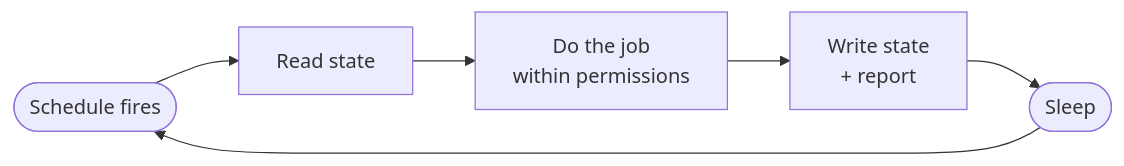
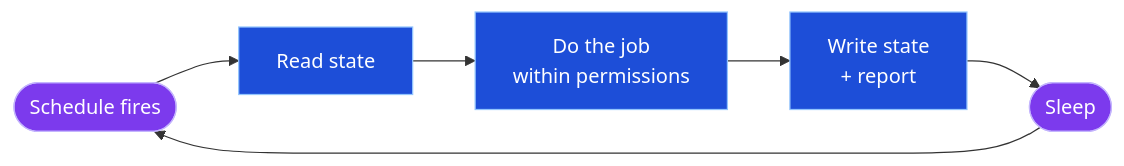
One commit to owainlewis/youtube-tutorials changed the first of 8 diagrams in tutorials/loop-engineering/README.md. Above: the diagram before and after it, drawn with Mermaid. The commit also changed other lines of this file, not shown here.

Commit message:
docs: color mermaid diagrams for dark mode readability

````diff
--- a/tutorials/loop-engineering/README.md
+++ b/tutorials/loop-engineering/README.md
@@ -30,8 +30,13 @@
 ```mermaid
 graph LR
     A([Schedule fires]) --> B[Read state]
     B --> C[Do the job<br/>within permissions]
     C --> D[Write state<br/>+ report]
     D --> E([Sleep])
     E --> A
+
+    classDef trigger fill:#7c3aed,stroke:#c4b5fd,color:#ffffff
+    classDef step fill:#1d4ed8,stroke:#93c5fd,color:#ffffff
+    class A,E trigger
+    class B,C,D step
 ```
````
